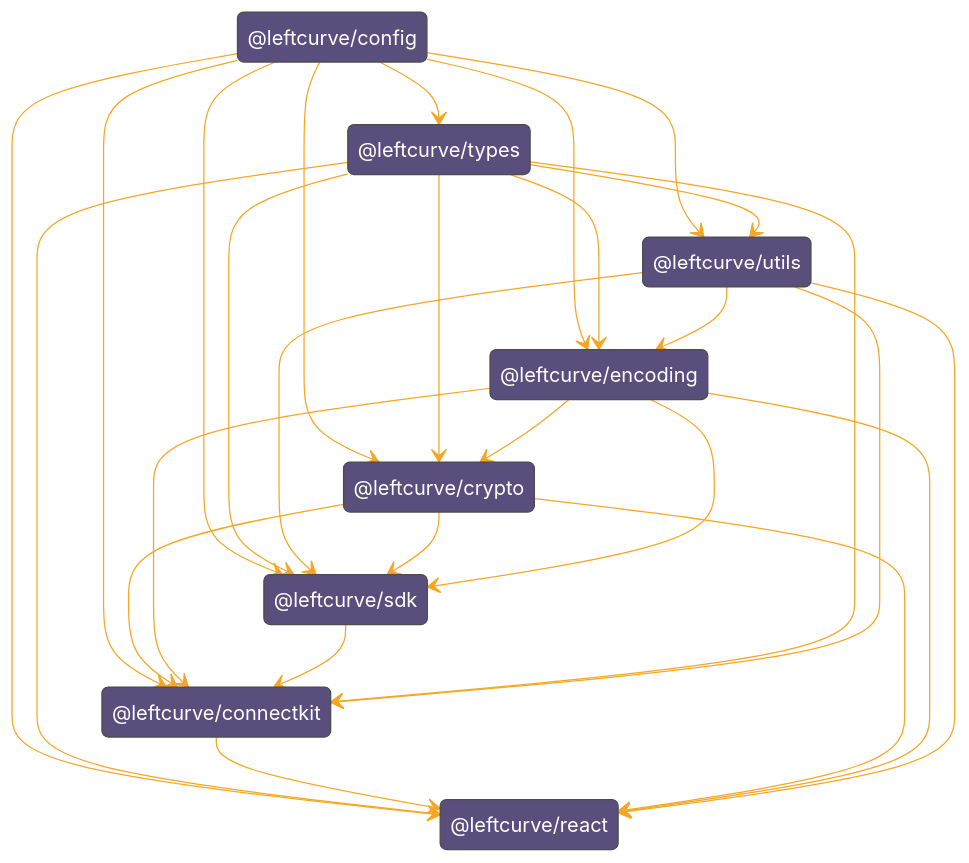
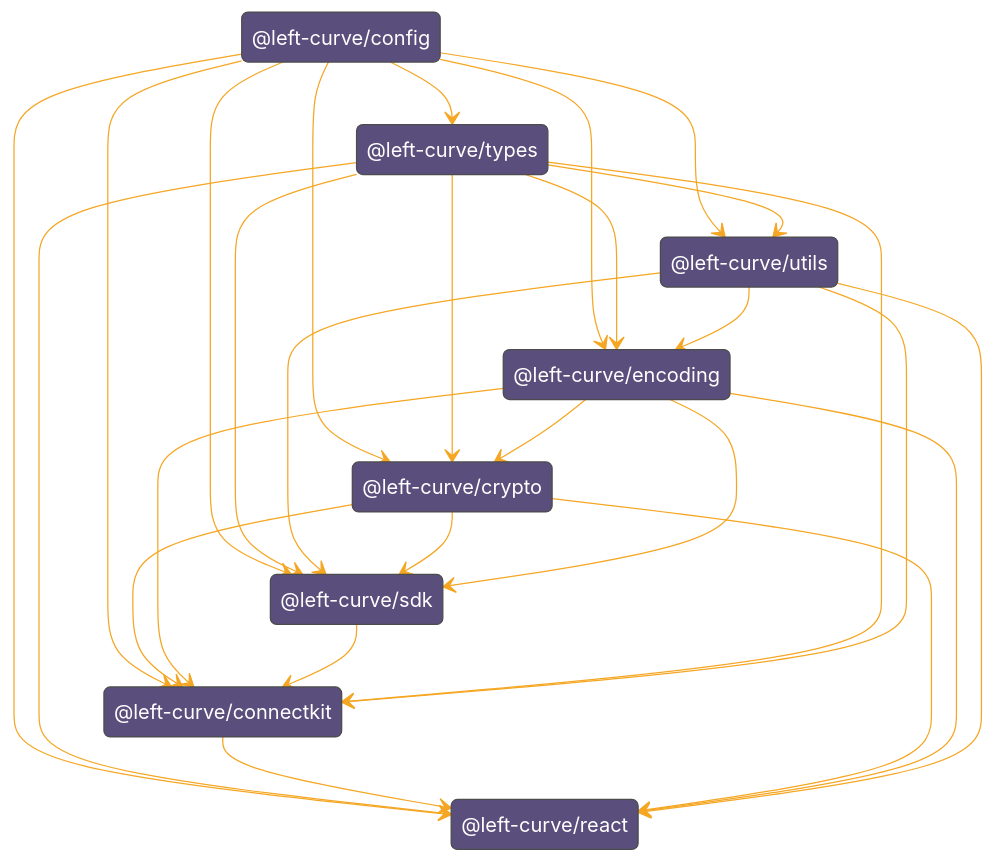
Before and after one commit to left-curve/left-curve: the diagram in sdk/README.md, drawn with Mermaid. The commit also changed other lines of this file and 358 other files, not shown here.

````diff
--- a/sdk/README.md
+++ b/sdk/README.md
@@ -22,35 +22,44 @@
 ```mermaid
 %%{
   init: {
   'theme': 'base',
   'themeVariables': {"primaryTextColor":"#fff","primaryColor":"#5a4f7c","lineColor":"#f5a623" }
   }
 }%%
 stateDiagram-v2
-    @leftcurve/config --> @leftcurve/types
-    @leftcurve/config --> @leftcurve/utils
-    @leftcurve/types --> @leftcurve/utils
-    @leftcurve/config --> @leftcurve/sdk
-    @leftcurve/types --> @leftcurve/sdk
-    @leftcurve/utils --> @leftcurve/sdk
-    @leftcurve/crypto --> @leftcurve/sdk
-    @leftcurve/encoding --> @leftcurve/sdk
-    @leftcurve/config --> @leftcurve/react
-    @leftcurve/types --> @leftcurve/react
-    @leftcurve/connectkit --> @leftcurve/react
-    @leftcurve/crypto --> @leftcurve/react
-    @leftcurve/encoding --> @leftcurve/react
-    @leftcurve/utils --> @leftcurve/react
-    @leftcurve/config --> @leftcurve/encoding
-    @leftcurve/types --> @leftcurve/encoding
-    @leftcurve/utils --> @leftcurve/encoding
-    @leftcurve/config --> @leftcurve/crypto
-    @leftcurve/types --> @leftcurve/crypto
-    @leftcurve/encoding --> @leftcurve/crypto
-    @leftcurve/config --> @leftcurve/connectkit
-    @leftcurve/crypto --> @leftcurve/connectkit
-    @leftcurve/encoding --> @leftcurve/connectkit
-    @leftcurve/sdk --> @leftcurve/connectkit
-    @leftcurve/types --> @leftcurve/connectkit
-    @leftcurve/utils --> @leftcurve/connectkit
+    state "@left-curve/config" as left_curve_config
+    state "@left-curve/types" as left_curve_types
+    state "@left-curve/utils" as left_curve_utils
+    state "@left-curve/sdk" as left_curve_sdk
+    state "@left-curve/crypto" as left_curve_crypto
+    state "@left-curve/encoding" as left_curve_encoding
+    state "@left-curve/react" as left_curve_react
+    state "@left-curve/connectkit" as left_curve_connectkit
+
+    left_curve_config --> left_curve_types
+    left_curve_config --> left_curve_utils
+    left_curve_types --> left_curve_utils
+    left_curve_config --> left_curve_sdk
+    left_curve_types --> left_curve_sdk
+    left_curve_utils --> left_curve_sdk
+    left_curve_crypto --> left_curve_sdk
+    left_curve_encoding --> left_curve_sdk
+    left_curve_config --> left_curve_react
+    left_curve_types --> left_curve_react
+    left_curve_connectkit --> left_curve_react
+    left_curve_crypto --> left_curve_react
+    left_curve_encoding --> left_curve_react
+    left_curve_utils --> left_curve_react
+    left_curve_config --> left_curve_encoding
+    left_curve_types --> left_curve_encoding
+    left_curve_utils --> left_curve_encoding
+    left_curve_config --> left_curve_crypto
+    left_curve_types --> left_curve_crypto
+    left_curve_encoding --> left_curve_crypto
+    left_curve_config --> left_curve_connectkit
+    left_curve_crypto --> left_curve_connectkit
+    left_curve_encoding --> left_curve_connectkit
+    left_curve_sdk --> left_curve_connectkit
+    left_curve_types --> left_curve_connectkit
+    left_curve_utils --> left_curve_connectkit
 ```
````
